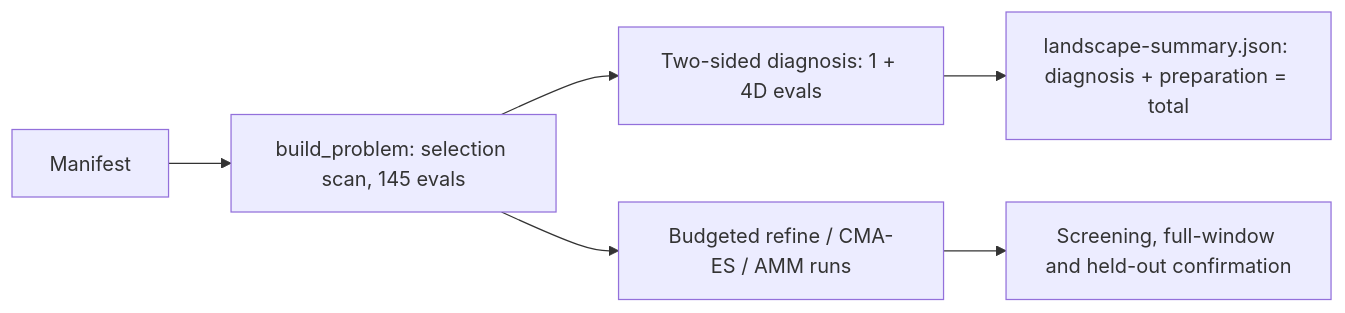
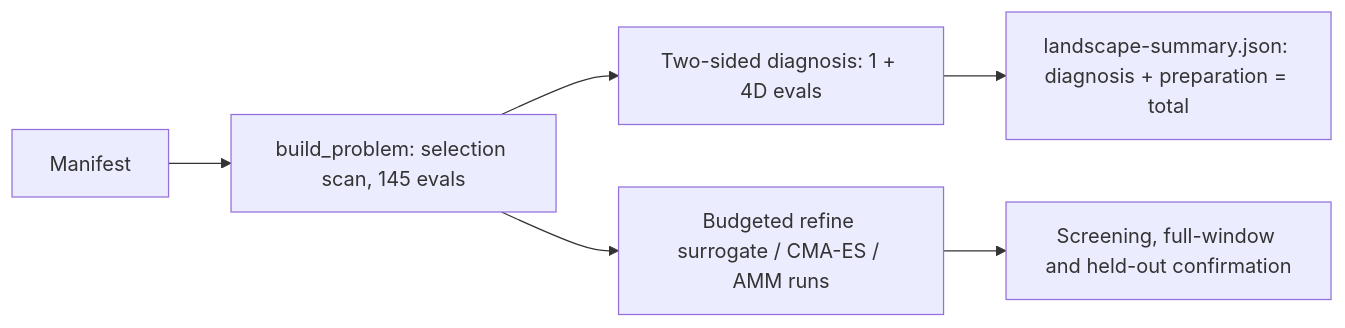
One commit to stSoftwareAU/NEAT-AI-Lamarck changed the diagram in docs/archive/pr-summaries/pr-summary-266.md. Above: the diagram before and after it, drawn with Mermaid. The commit also changed other lines of this file and 1 other file, not shown here.

First line of the commit message:
Mark the refinement comparison partial: the refine arm is a surrogate (#266)

````diff
--- a/docs/archive/pr-summaries/pr-summary-266.md
+++ b/docs/archive/pr-summaries/pr-summary-266.md
@@ -139,8 +104,8 @@
 ```mermaid
 flowchart LR
     M[Manifest] --> B[build_problem: selection scan, 145 evals]
     B --> D[Two-sided diagnosis: 1 + 4D evals]
-    B --> A[Budgeted refine / CMA-ES / AMM runs]
+    B --> A[Budgeted refine surrogate / CMA-ES / AMM runs]
     D --> L["landscape-summary.json: diagnosis + preparation = total"]
     A --> C[Screening, full-window and held-out confirmation]
 ```
````
